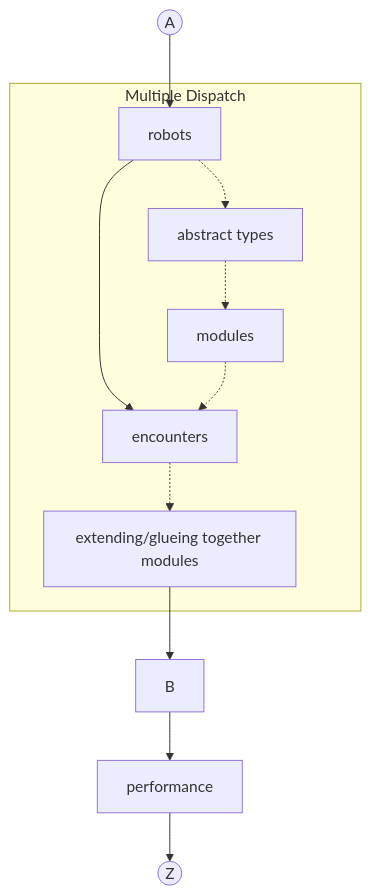
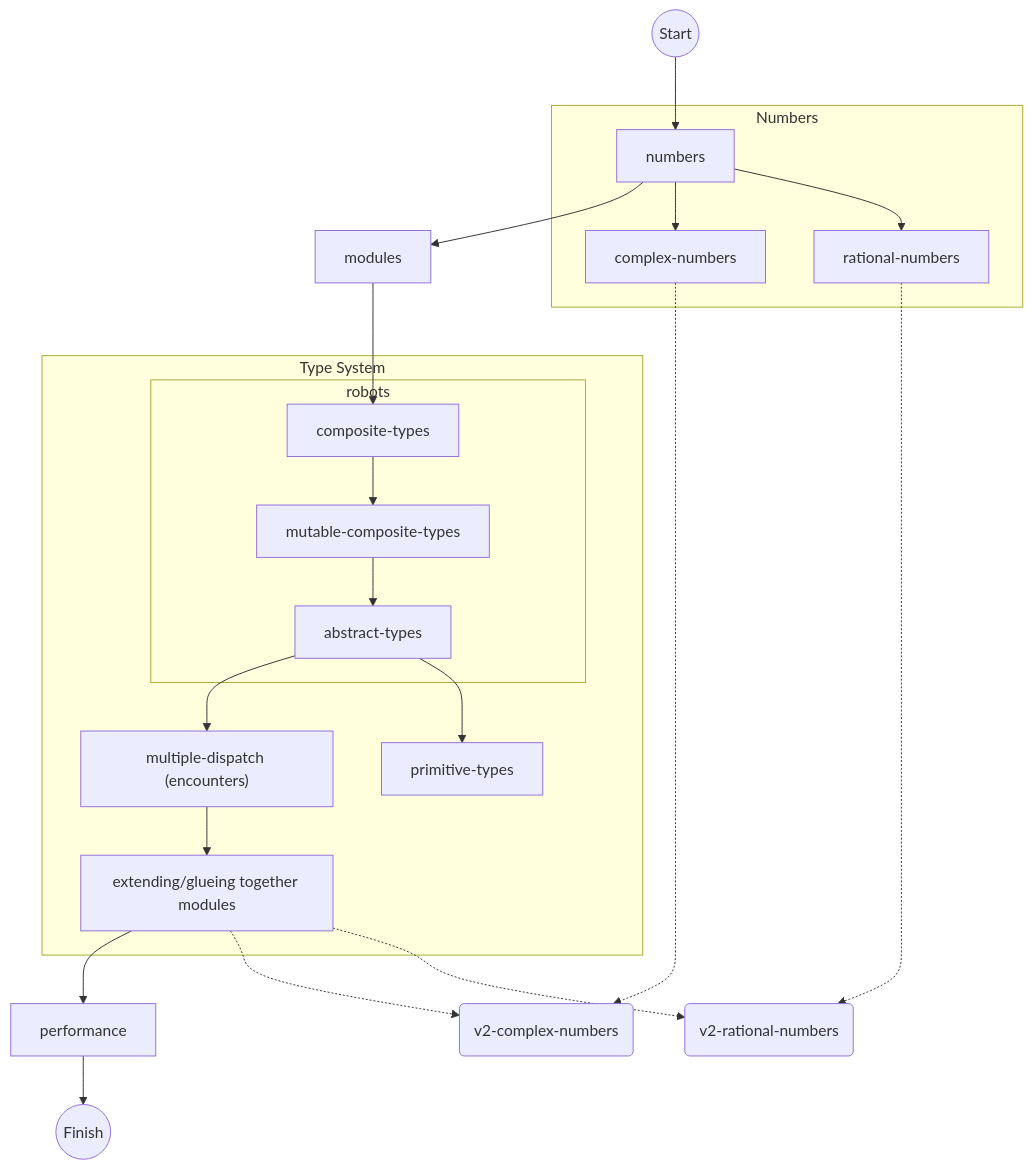
One commit to exercism/julia changed the diagram in reference/progression.md. Above: the diagram before and after it, drawn with Mermaid. The commit also changed other lines of this file, not shown here.

Commit message:
Add stuff to progression plan
* Add numbers to progression plan

* Change modules in progression plan

* Add requirement for numbers practice exercises

* redo robots

* s/structs/composite-types/

* Remove placeholders

* Add primitive-types to progression

````diff
--- a/reference/progression.md
+++ b/reference/progression.md
@@ -5,14 +5,31 @@
 ```mermaid
 graph TD
-A((A)) --> robots
-subgraph Multiple Dispatch
-	robots --> encounters
-	robots -.-> abstract-types
-	abstract-types[abstract types] -.-> modules
-	modules -.-> encounters
-	encounters -.-> extension[extending/glueing together modules]
+
+Start((Start)) --> numbers
+
+numbers --> modules
+
+modules --> composite-types
+subgraph Type System
+	subgraph robots
+		composite-types --> mutable-composite-types
+		mutable-composite-types --> abstract-types
+	end
+	abstract-types --> multiple-dispatch
+	multiple-dispatch["multiple-dispatch (encounters)"] --> extension[extending/glueing together modules]
+	
+	abstract-types --> primitive-types
 end
-extension --> B
-B --> performance
-performance --> Z((Z))
+extension --> performance
+performance --> Finish((Finish))
+
+subgraph Numbers
+	numbers --> complex-numbers
+	numbers --> rational-numbers
+end
+
+complex-numbers -.-> v2-complex-numbers(v2-complex-numbers)
+rational-numbers -.-> v2-rational-numbers(v2-rational-numbers)
+extension -.-> v2-complex-numbers
+extension -.-> v2-rational-numbers
 ```
````
